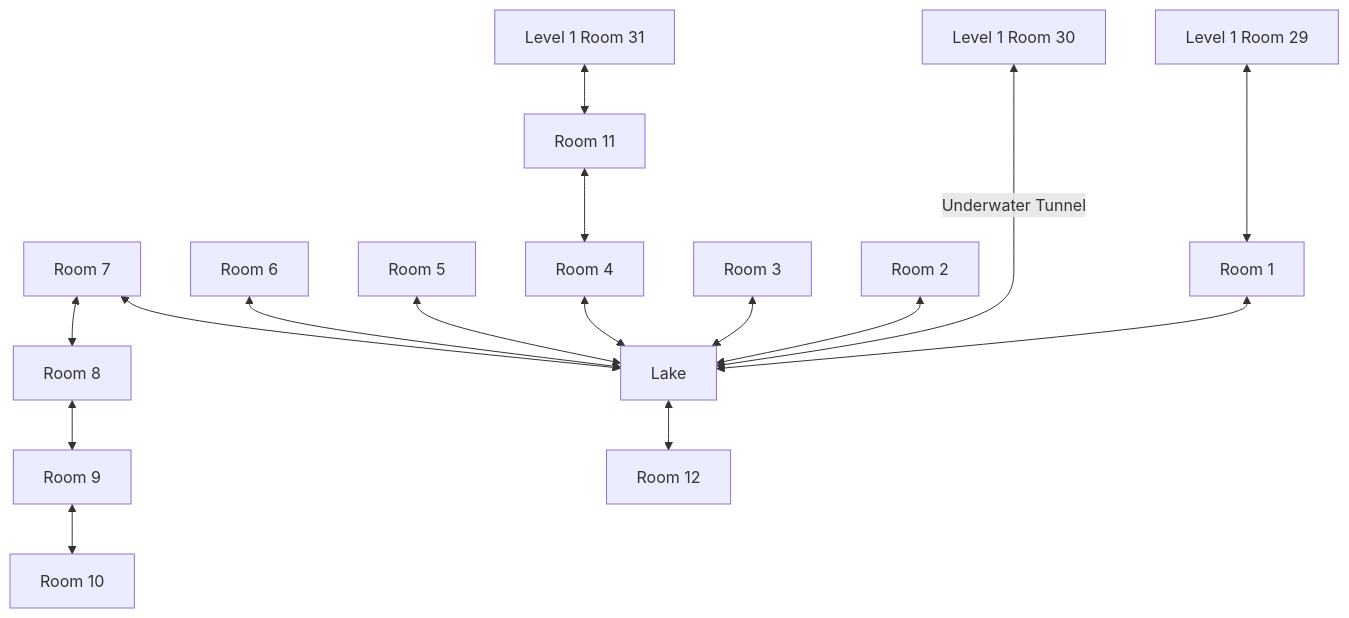
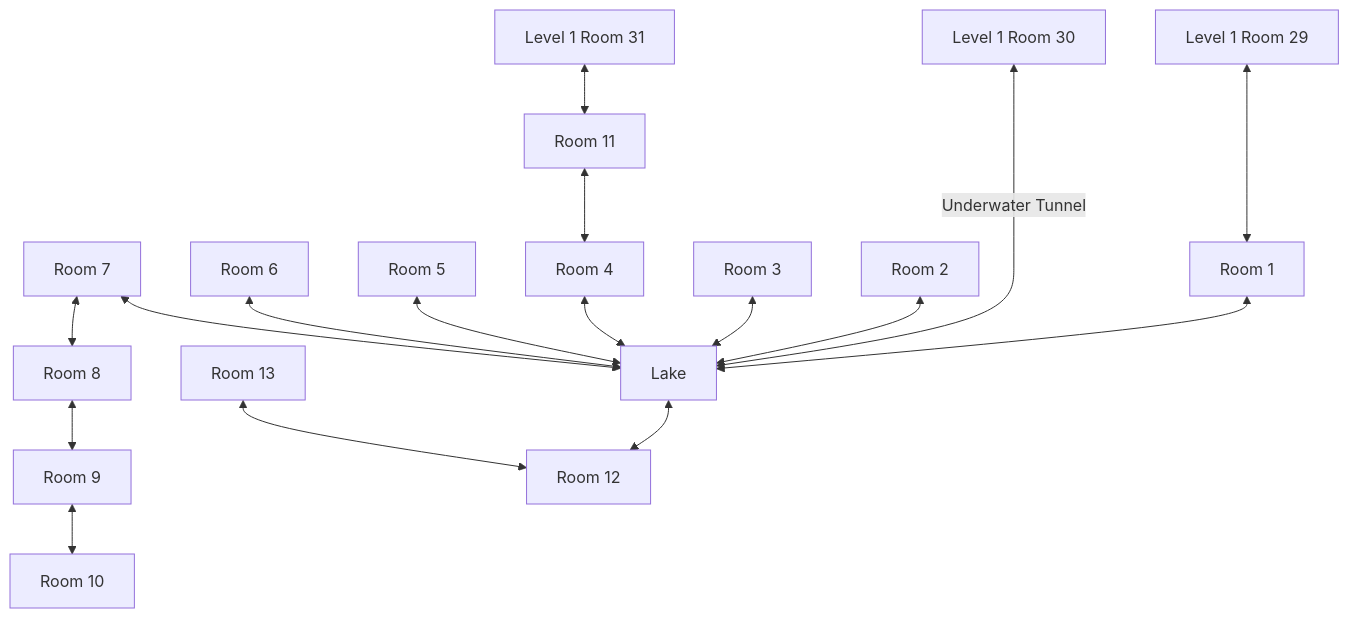
One commit to SlothBorg/Dungeon23 changed the diagram in Dungeon/Level_02/README.md. Above: the diagram before and after it, drawn with Mermaid. The commit also changed 3 other files, not shown here.

````diff
--- a/Dungeon/Level_02/README.md
+++ b/Dungeon/Level_02/README.md
@@ -3,18 +3,18 @@
 ```mermaid
 flowchart TD
     A29[Level 1 Room 29] <---> B1[Room 1]
     B1 <--> La[Lake]
     A30[Level 1 Room 30] <-- Underwater Tunnel ----> La
     B2[Room 2] <--> La
     B3[Room 3] <--> La
     B4[Room 4] <--> La
     B5[Room 5] <--> La
     B6[Room 6] <--> La
     B7[Room 7] <--> La
     B7 <--> B8[Room 8]
     B8 <--> B9[Room 9]
     B9 <--> B10[Room 10]
     A31[Level 1 Room 31] <--> B11[Room 11] <--> B4
     La <--> B12[Room 12]
-    
+    B13[Room 13] <--> B12
 ```
````
